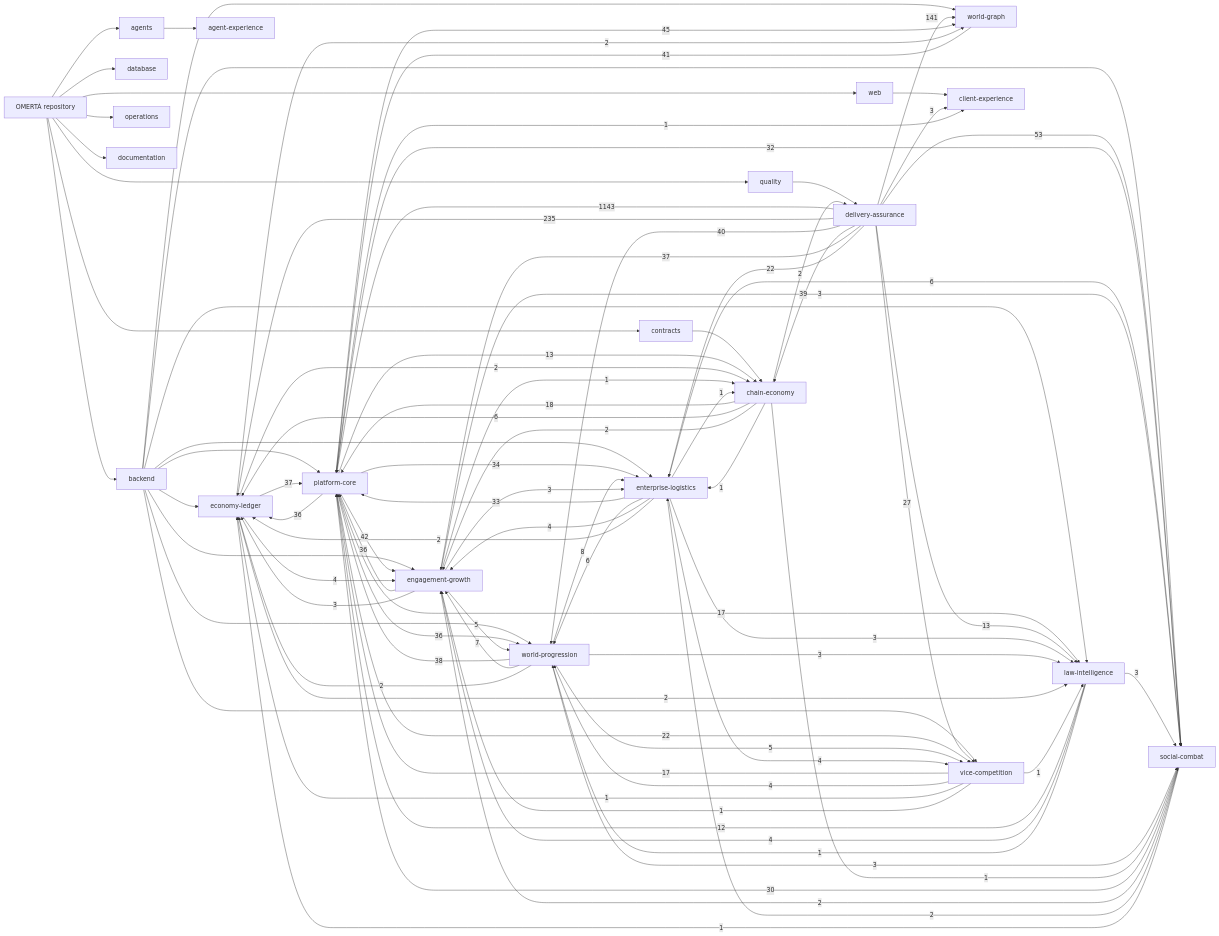
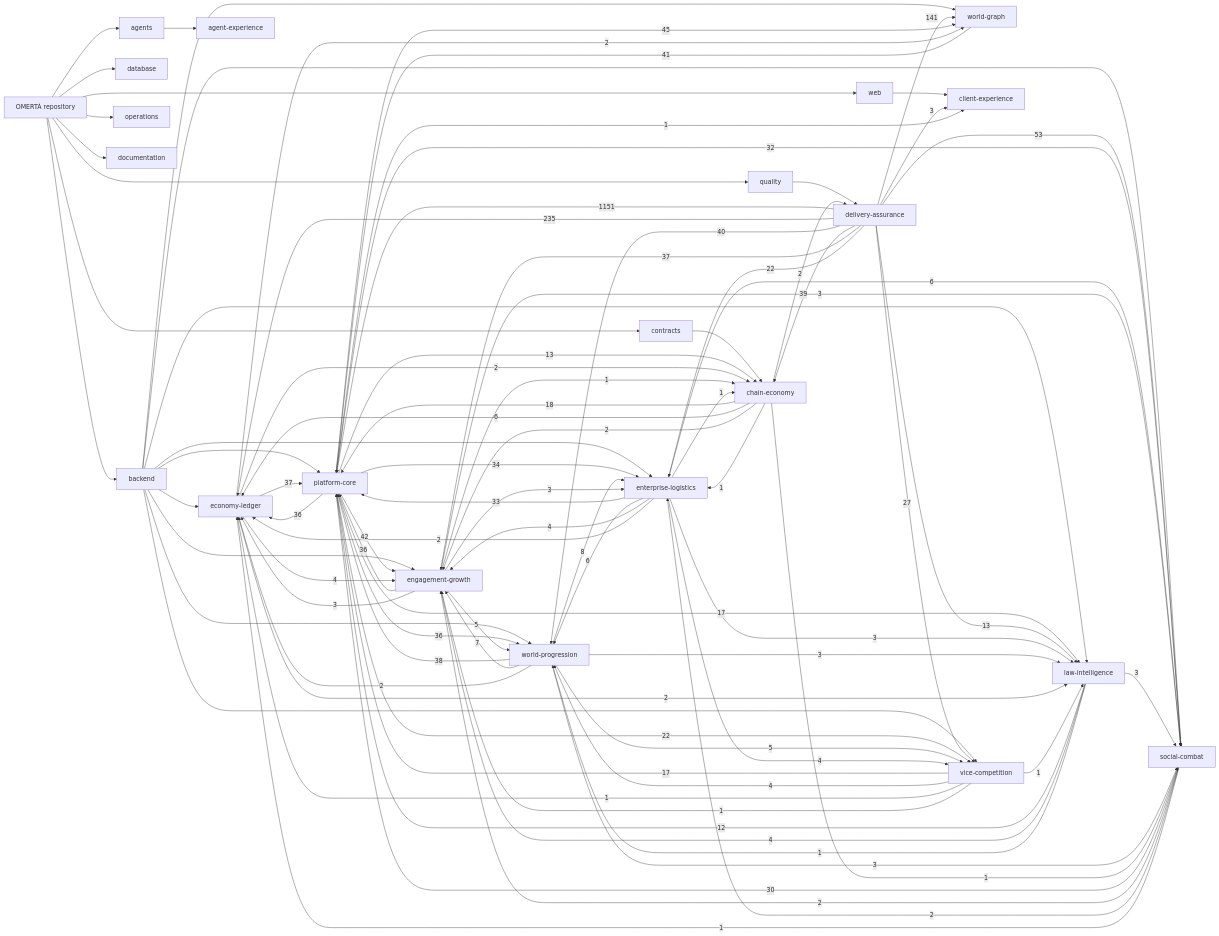
One commit to OmertaDev/Omerta changed the diagram in knowledge/generated/graph.mmd. Above: the diagram before and after it, drawn with Mermaid. The commit also changed 8 other files, not shown here.

```diff
--- a/knowledge/generated/graph.mmd
+++ b/knowledge/generated/graph.mmd
@@ -1,111 +1,111 @@
 flowchart LR
   repo["OMERTÀ repository"]
   sub_backend["backend"]
   repo --> sub_backend
   sub_database["database"]
   repo --> sub_database
   sub_web["web"]
   repo --> sub_web
   sub_contracts["contracts"]
   repo --> sub_contracts
   sub_agents["agents"]
   repo --> sub_agents
   sub_quality["quality"]
   repo --> sub_quality
   sub_operations["operations"]
   repo --> sub_operations
   sub_documentation["documentation"]
   repo --> sub_documentation
   dom_platform-core["platform-core"]
   dom_economy-ledger["economy-ledger"]
   dom_social-combat["social-combat"]
   dom_world-progression["world-progression"]
   dom_world-graph["world-graph"]
   dom_enterprise-logistics["enterprise-logistics"]
   dom_vice-competition["vice-competition"]
   dom_law-intelligence["law-intelligence"]
   dom_chain-economy["chain-economy"]
   dom_engagement-growth["engagement-growth"]
   dom_client-experience["client-experience"]
   dom_agent-experience["agent-experience"]
   dom_delivery-assurance["delivery-assurance"]
   sub_agents --> dom_agent-experience
   sub_backend --> dom_economy-ledger
   sub_backend --> dom_engagement-growth
   sub_backend --> dom_enterprise-logistics
   sub_backend --> dom_law-intelligence
   sub_backend --> dom_platform-core
   sub_backend --> dom_social-combat
   sub_backend --> dom_vice-competition
   sub_backend --> dom_world-graph
   sub_backend --> dom_world-progression
   sub_contracts --> dom_chain-economy
   sub_quality --> dom_delivery-assurance
   sub_web --> dom_client-experience
-  dom_delivery-assurance -->|1143| dom_platform-core
+  dom_delivery-assurance -->|1151| dom_platform-core
   dom_delivery-assurance -->|235| dom_economy-ledger
   dom_delivery-assurance -->|141| dom_world-graph
   dom_delivery-assurance -->|53| dom_social-combat
   dom_platform-core -->|45| dom_world-graph
   dom_platform-core -->|42| dom_engagement-growth
   dom_world-graph -->|41| dom_platform-core
   dom_delivery-assurance -->|40| dom_world-progression
   dom_delivery-assurance -->|39| dom_chain-economy
   dom_world-progression -->|38| dom_platform-core
   dom_delivery-assurance -->|37| dom_engagement-growth
   dom_economy-ledger -->|37| dom_platform-core
   dom_engagement-growth -->|36| dom_platform-core
   dom_platform-core -->|36| dom_economy-ledger
   dom_platform-core -->|36| dom_world-progression
   dom_platform-core -->|34| dom_enterprise-logistics
   dom_enterprise-logistics -->|33| dom_platform-core
   dom_platform-core -->|32| dom_social-combat
   dom_social-combat -->|30| dom_platform-core
   dom_delivery-assurance -->|27| dom_vice-competition
   dom_delivery-assurance -->|22| dom_enterprise-logistics
   dom_platform-core -->|22| dom_vice-competition
   dom_chain-economy -->|18| dom_platform-core
   dom_platform-core -->|17| dom_law-intelligence
   dom_vice-competition -->|17| dom_platform-core
   dom_delivery-assurance -->|13| dom_law-intelligence
   dom_platform-core -->|13| dom_chain-economy
   dom_law-intelligence -->|12| dom_platform-core
   dom_world-progression -->|8| dom_enterprise-logistics
   dom_world-progression -->|7| dom_engagement-growth
   dom_chain-economy -->|6| dom_economy-ledger
   dom_enterprise-logistics -->|6| dom_social-combat
   dom_enterprise-logistics -->|6| dom_world-progression
   dom_engagement-growth -->|5| dom_world-progression
   dom_world-progression -->|5| dom_vice-competition
   dom_economy-ledger -->|4| dom_engagement-growth
   dom_enterprise-logistics -->|4| dom_engagement-growth
   dom_enterprise-logistics -->|4| dom_vice-competition
   dom_law-intelligence -->|4| dom_engagement-growth
   dom_vice-competition -->|4| dom_world-progression
   dom_delivery-assurance -->|3| dom_client-experience
   dom_engagement-growth -->|3| dom_economy-ledger
   dom_engagement-growth -->|3| dom_enterprise-logistics
   dom_engagement-growth -->|3| dom_social-combat
   dom_enterprise-logistics -->|3| dom_law-intelligence
   dom_law-intelligence -->|3| dom_social-combat
   dom_world-progression -->|3| dom_law-intelligence
   dom_world-progression -->|3| dom_social-combat
   dom_chain-economy -->|2| dom_delivery-assurance
   dom_chain-economy -->|2| dom_engagement-growth
   dom_economy-ledger -->|2| dom_chain-economy
   dom_economy-ledger -->|2| dom_law-intelligence
   dom_economy-ledger -->|2| dom_world-graph
   dom_enterprise-logistics -->|2| dom_economy-ledger
   dom_social-combat -->|2| dom_engagement-growth
   dom_social-combat -->|2| dom_enterprise-logistics
   dom_world-progression -->|2| dom_economy-ledger
   dom_chain-economy -->|1| dom_enterprise-logistics
   dom_chain-economy -->|1| dom_social-combat
   dom_engagement-growth -->|1| dom_chain-economy
   dom_enterprise-logistics -->|1| dom_chain-economy
   dom_law-intelligence -->|1| dom_world-progression
   dom_platform-core -->|1| dom_client-experience
   dom_social-combat -->|1| dom_economy-ledger
   dom_vice-competition -->|1| dom_economy-ledger
   dom_vice-competition -->|1| dom_engagement-growth
   dom_vice-competition -->|1| dom_law-intelligence
```
